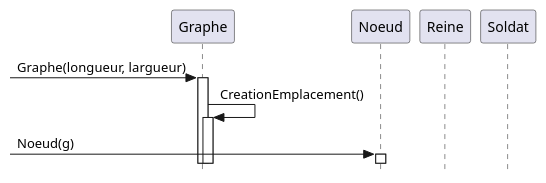
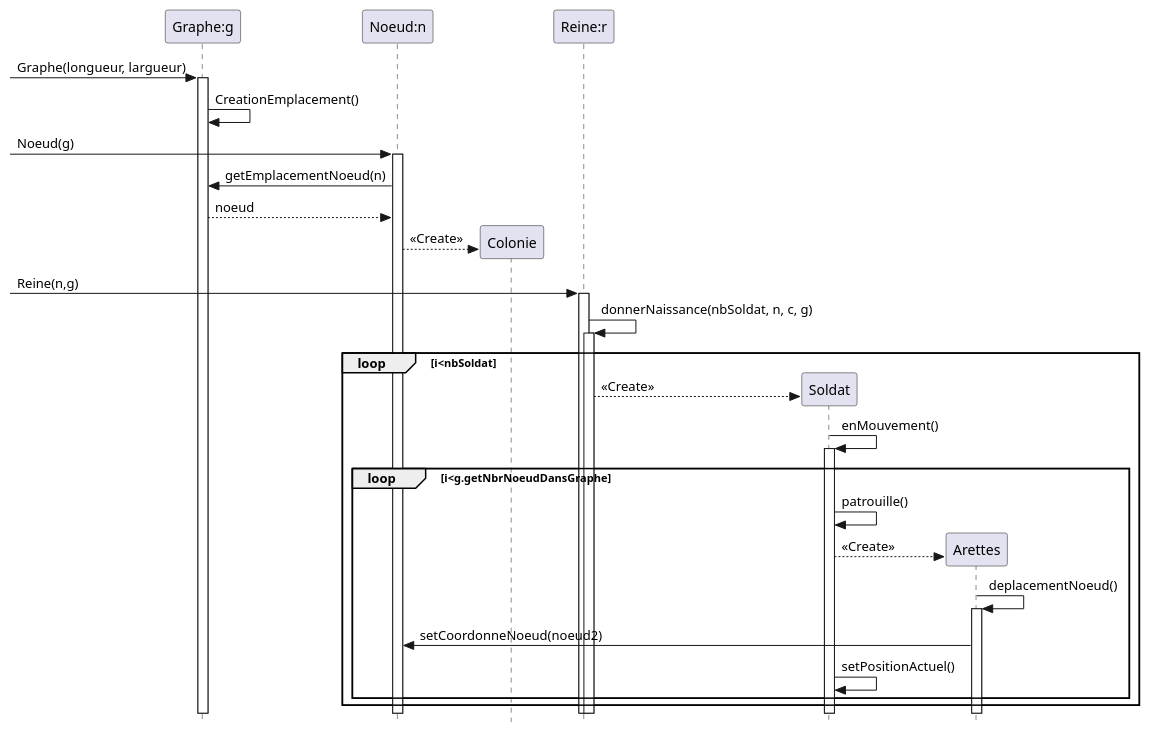
One commit to jvondermarck/ant-colony changed the diagram in plantUML/V1/Fourmis_DS_Iteration.puml. Above: the diagram before and after it, drawn with PlantUML. The commit also changed 8 other files, not shown here.

Commit message:
Creation Diagramme Sequence

```diff
--- a/plantUML/V1/Fourmis_DS_Iteration.puml
+++ b/plantUML/V1/Fourmis_DS_Iteration.puml
@@ -1,21 +1,41 @@
 @startuml
 'https://plantuml.com/sequence-diagram
 
 skinparam style strictuml
 skinparam responseMessageBelowArrow true
 hide footbox
 'autonumber
 
-participant "Graphe" as graphe
-participant "Noeud" as noeud
-participant "Reine" as reine
-participant "Soldat" as soldat
+participant "Graphe:g" as graphe
+participant "Noeud:n" as noeud
 
 -> graphe++:Graphe(longueur, largueur)
-graphe -> graphe++ : CreationEmplacement()
+graphe -> graphe : CreationEmplacement()
 
 -> noeud++:Noeud(g)
+noeud -> graphe : getEmplacementNoeud(n)
+graphe --> noeud : noeud
+
+create Colonie
+noeud --> Colonie : <<Create>>
+
+participant "Reine:r" as reine
+-> reine++ : Reine(n,g)
+reine -> reine++ : donnerNaissance(nbSoldat, n, c, g)
+loop i<nbSoldat
+    create Soldat
+    reine --> Soldat : <<Create>>
+    Soldat -> Soldat++ : enMouvement()
+    loop i<g.getNbrNoeudDansGraphe
+        Soldat -> Soldat : patrouille()
+        create Arettes
+        Soldat --> Arettes : <<Create>>
+        Arettes -> Arettes++ : deplacementNoeud()
+        Arettes -> noeud : setCoordonneNoeud(noeud2)
+        Soldat -> Soldat : setPositionActuel()
+    end
+end
 
 
 
 @enduml
```
